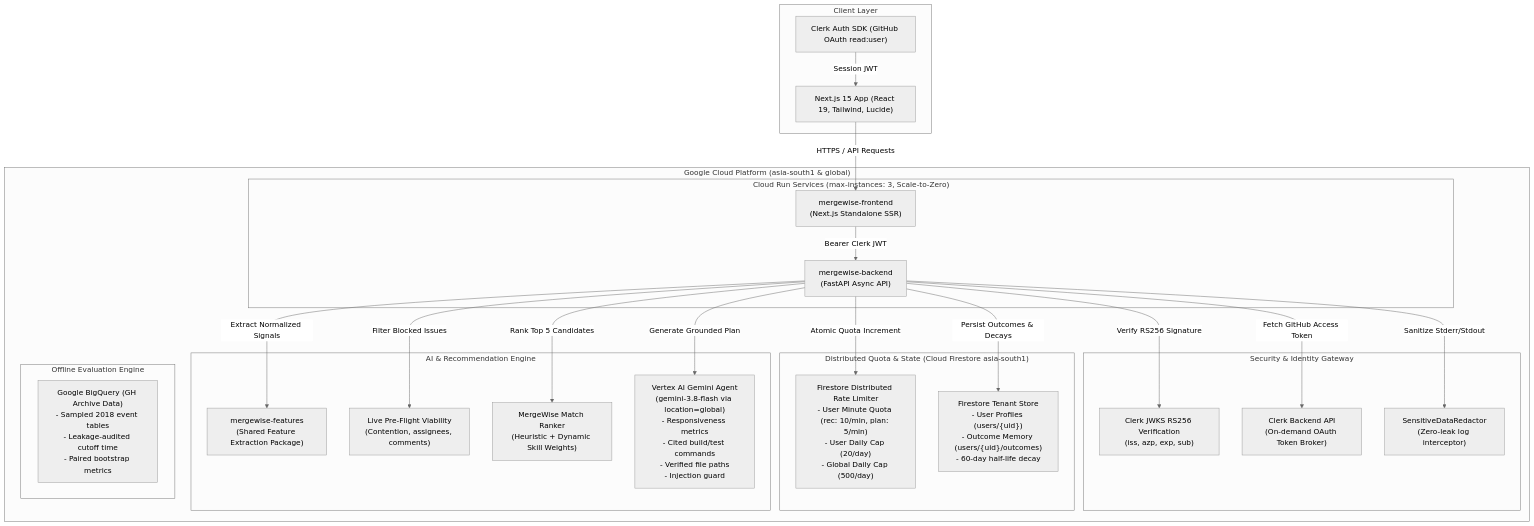
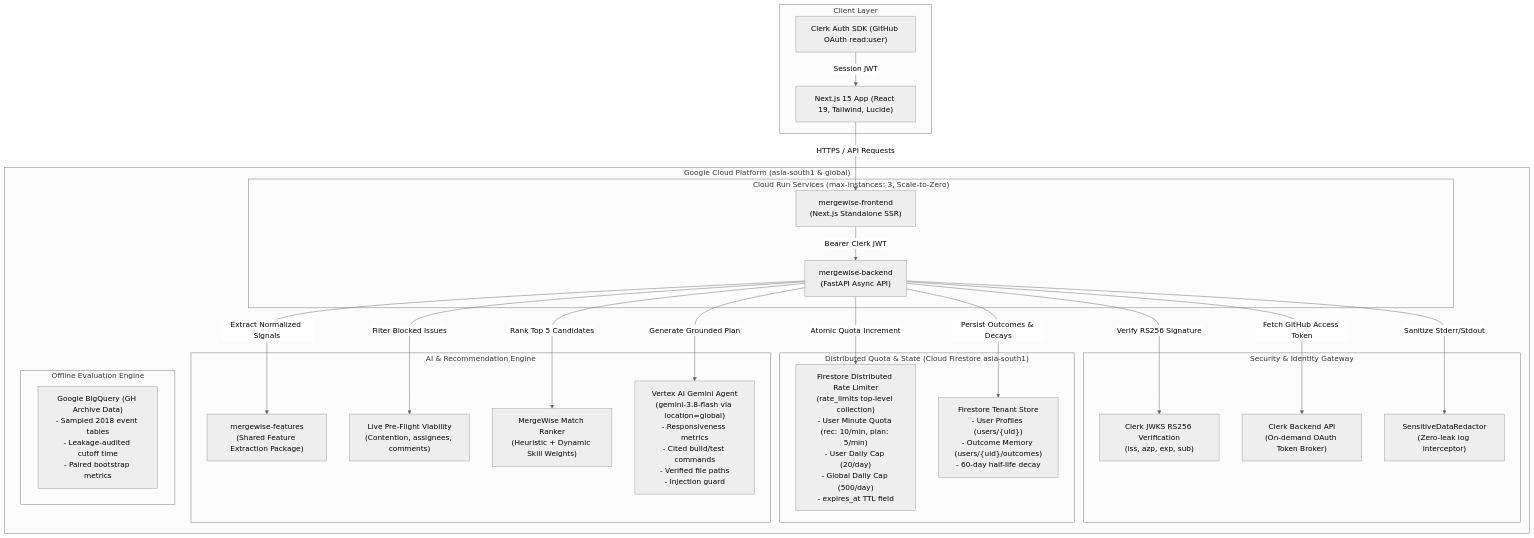
The diagram in README.md (Neelanshdosi/MergeWise), drawn with Mermaid (neutral theme) before and after one commit. The commit also changed other lines of this file and 6 other files, not shown here.

Commit message:
fix: top-level rate_limits collection with TTL expires_at, quota preservation on user data delete, cache/error cap protection, and README updates

````diff
--- a/README.md
+++ b/README.md
@@ -9,49 +9,49 @@
 ```mermaid
 flowchart TD
     subgraph Client ["Client Layer"]
         UI["Next.js 15 App (React 19, Tailwind, Lucide)"]
         ClerkWeb["Clerk Auth SDK (GitHub OAuth read:user)"]
     end
 
     subgraph GCP ["Google Cloud Platform (asia-south1 & global)"]
         subgraph CloudRun ["Cloud Run Services (max-instances: 3, Scale-to-Zero)"]
             FrontendSvc["mergewise-frontend\n(Next.js Standalone SSR)"]
             BackendSvc["mergewise-backend\n(FastAPI Async API)"]
         end
 
         subgraph SecurityLayer ["Security & Identity Gateway"]
             JWKS["Clerk JWKS RS256 Verification\n(iss, azp, exp, sub)"]
             TokenBroker["Clerk Backend API\n(On-demand OAuth Token Broker)"]
             Redactor["SensitiveDataRedactor\n(Zero-leak log interceptor)"]
         end
 
         subgraph DistributedQuota ["Distributed Quota & State (Cloud Firestore asia-south1)"]
-            FSRateLimit["Firestore Distributed Rate Limiter\n- User Minute Quota (rec: 10/min, plan: 5/min)\n- User Daily Cap (20/day)\n- Global Daily Cap (500/day)"]
+            FSRateLimit["Firestore Distributed Rate Limiter\n(rate_limits top-level collection)\n- User Minute Quota (rec: 10/min, plan: 5/min)\n- User Daily Cap (20/day)\n- Global Daily Cap (500/day)\n- expires_at TTL field"]
             FSMemory["Firestore Tenant Store\n- User Profiles (users/{uid})\n- Outcome Memory (users/{uid}/outcomes)\n- 60-day half-life decay"]
         end
 
         subgraph MatchingEngine ["AI & Recommendation Engine"]
             SharedCore["mergewise-features\n(Shared Feature Extraction Package)"]
             ViabilityChecker["Live Pre-Flight Viability\n(Contention, assignees, comments)"]
             HeuristicRanker["MergeWise Match Ranker\n(Heuristic + Dynamic Skill Weights)"]
             GeminiAgent["Vertex AI Gemini Agent\n(gemini-3.8-flash via location=global)\n- Responsiveness metrics\n- Cited build/test commands\n- Verified file paths\n- Injection guard"]
         end
 
         subgraph OfflineBenchmark ["Offline Evaluation Engine"]
             BigQuery["Google BigQuery (GH Archive Data)\n- Sampled 2018 event tables\n- Leakage-audited cutoff time\n- Paired bootstrap metrics"]
         end
     end
 
     ClerkWeb -->|Session JWT| UI
     UI -->|HTTPS / API Requests| FrontendSvc
     FrontendSvc -->|Bearer Clerk JWT| BackendSvc
     BackendSvc -->|Verify RS256 Signature| JWKS
     BackendSvc -->|Fetch GitHub Access Token| TokenBroker
     BackendSvc -->|Sanitize Stderr/Stdout| Redactor
     BackendSvc -->|Atomic Quota Increment| FSRateLimit
     BackendSvc -->|Persist Outcomes & Decays| FSMemory
     BackendSvc -->|Extract Normalized Signals| SharedCore
     BackendSvc -->|Filter Blocked Issues| ViabilityChecker
     BackendSvc -->|Rank Top 5 Candidates| HeuristicRanker
     BackendSvc -->|Generate Grounded Plan| GeminiAgent
 ```
````
